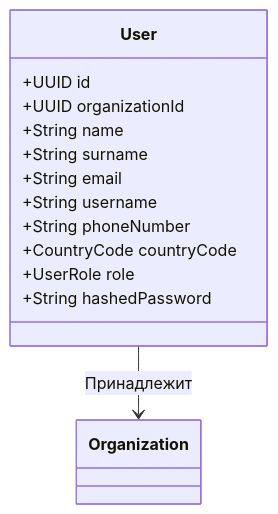
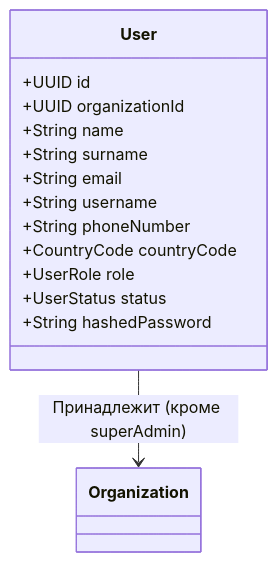
One commit to PawCloudSolution/backend changed the diagram in docs/models/User.md. Above: the diagram before and after it, drawn with Mermaid. The commit also changed other lines of this file and 59 other files, not shown here.

````diff
--- a/docs/models/User.md
+++ b/docs/models/User.md
@@ -9,16 +9,17 @@
 ```mermaid
 classDiagram
     class User {
         +UUID id
         +UUID organizationId
         +String name
         +String surname
         +String email
         +String username
         +String phoneNumber
         +CountryCode countryCode
         +UserRole role
+        +UserStatus status
         +String hashedPassword
     }
-    User --> Organization : Принадлежит
+    User --> Organization : Принадлежит (кроме superAdmin)
 ```
````
